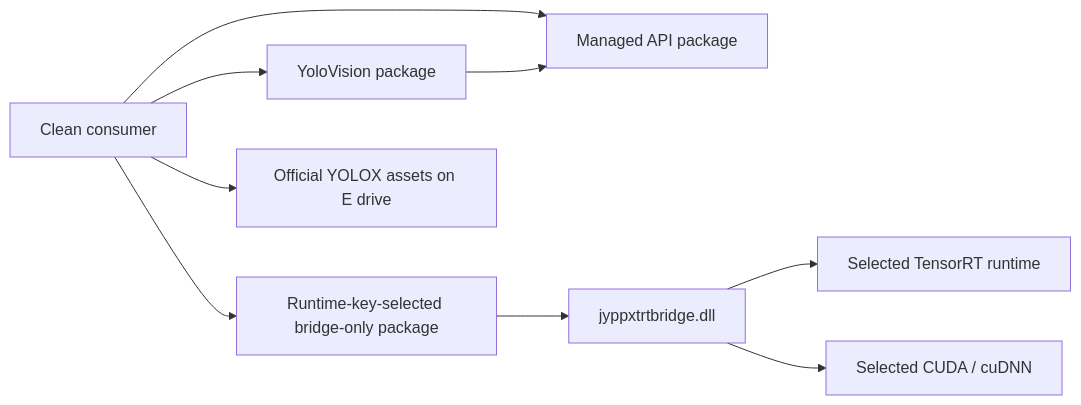
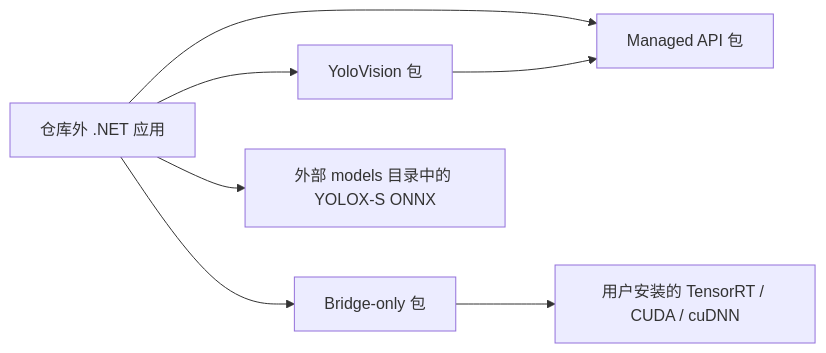
The diagram in docs/articles/zh-cn/yolovision-yolox-local-package-consumer-tutorial.md (guojin-yan/TensorRT-CSharp-API), drawn with Mermaid before and after one commit. The commit also changed other lines of this file and 10 other files, not shown here.

Commit message:
docs: complete YOLOX package consumer walkthrough

````diff
--- a/docs/articles/zh-cn/yolovision-yolox-local-package-consumer-tutorial.md
+++ b/docs/articles/zh-cn/yolovision-yolox-local-package-consumer-tutorial.md
@@ -24,11 +19,9 @@
 ```mermaid
 flowchart LR
-    A["Clean consumer"] --> B["YoloVision package"]
-    A --> C["Managed API package"]
-    A --> D["Runtime-key-selected bridge-only package"]
+    A["仓库外 .NET 应用"] --> B["YoloVision 包"]
+    A --> C["Managed API 包"]
+    A --> D["Bridge-only 包"]
     B --> C
-    D --> E["jyppxtrtbridge.dll"]
-    E --> F["Selected TensorRT runtime"]
-    E --> G["Selected CUDA / cuDNN"]
-    A --> H["Official YOLOX assets on E drive"]
+    D --> E["用户安装的 TensorRT / CUDA / cuDNN"]
+    A --> F["外部 models 目录中的 YOLOX-S ONNX"]
 ```
````
